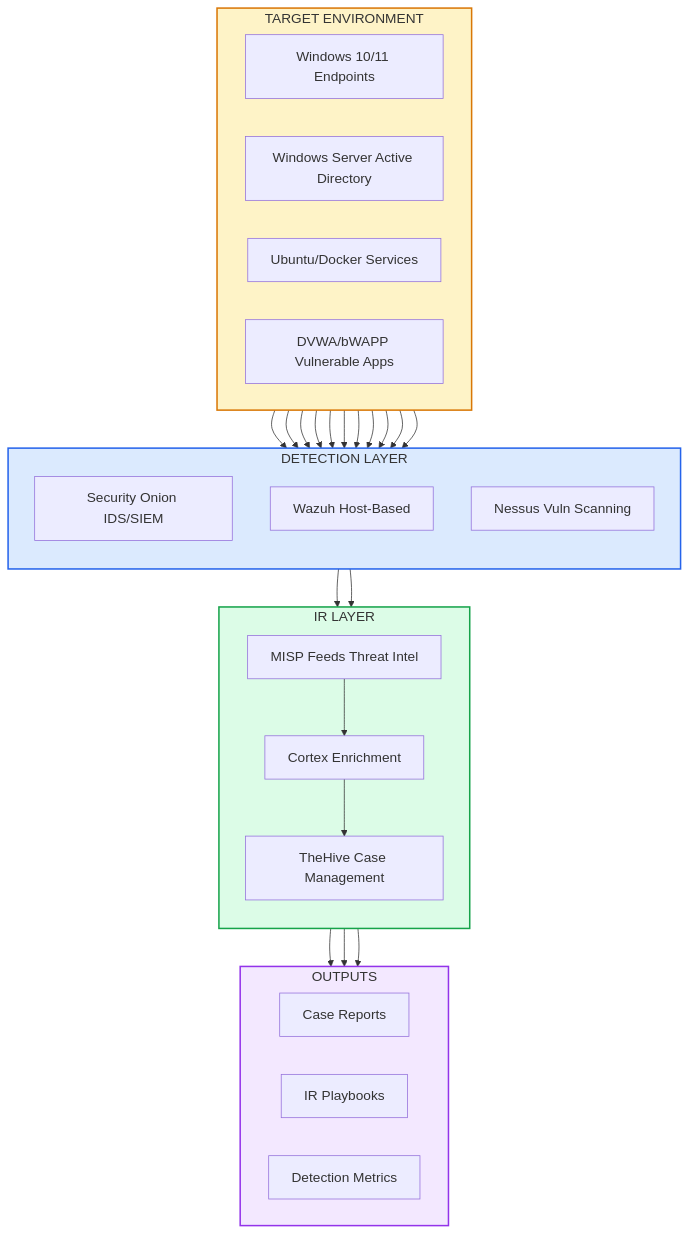
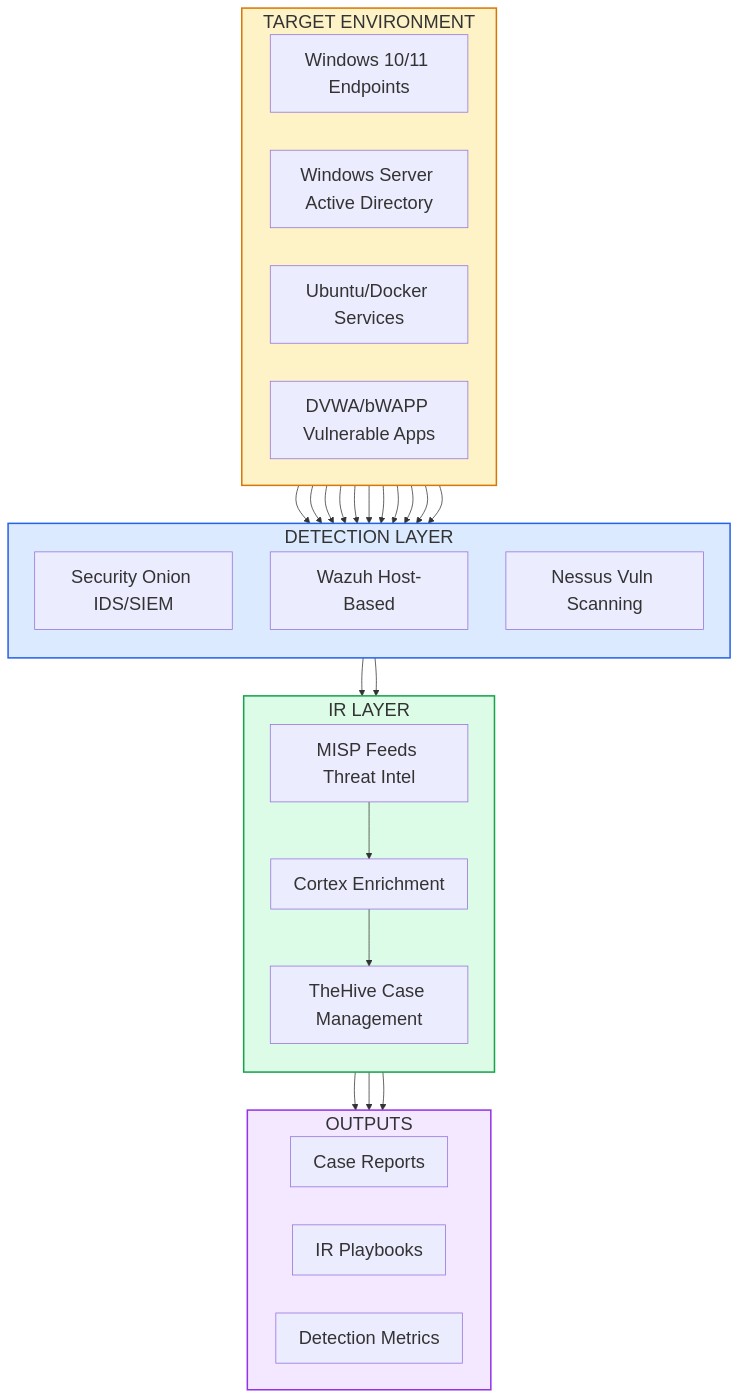
Before and after one commit to Pharns/portfolio: the diagram in docs/cybersecurity/incident-response.md, drawn with Mermaid.

Commit message:
Increase diagram font to 24px for readability

````diff
--- a/docs/cybersecurity/incident-response.md
+++ b/docs/cybersecurity/incident-response.md
@@ -46,56 +46,56 @@
 ```mermaid
-%%{init: {"themeVariables": {"fontSize": "18px"}}}%%
+%%{init: {"themeVariables": {"fontSize": "24px", "nodeTextSize": "20px"}}}%%
 flowchart TB
     subgraph TARGETS["TARGET ENVIRONMENT"]
         direction LR
         WIN["Windows 10/11 Endpoints"]
         AD["Windows Server Active Directory"]
         LNX["Ubuntu/Docker Services"]
         WEB["DVWA/bWAPP Vulnerable Apps"]
     end
 
     subgraph DETECTION["DETECTION LAYER"]
         direction TB
         SO["Security Onion IDS/SIEM"]
         WAZ["Wazuh Host-Based"]
         NES["Nessus Vuln Scanning"]
     end
 
     subgraph IR["IR LAYER"]
         direction TB
         HIVE["TheHive Case Management"]
         CTX["Cortex Enrichment"]
         MISP["MISP Feeds Threat Intel"]
     end
 
     subgraph OUTPUT["OUTPUTS"]
         direction LR
         CASE["Case Reports"]
         PLAY["IR Playbooks"]
         METRICS["Detection Metrics"]
     end
 
     WIN --> SO
     AD --> SO
     LNX --> SO
     WEB --> SO
     WIN --> WAZ
     AD --> WAZ
     LNX --> WAZ
     WIN --> NES
     AD --> NES
     LNX --> NES
     WEB --> NES
     SO --> HIVE
     WAZ --> HIVE
     CTX --> HIVE
     MISP --> CTX
     HIVE --> CASE
     HIVE --> PLAY
     HIVE --> METRICS
 
     style TARGETS fill:#fef3c7,stroke:#d97706,stroke-width:2px
     style DETECTION fill:#dbeafe,stroke:#2563eb,stroke-width:2px
     style IR fill:#dcfce7,stroke:#16a34a,stroke-width:2px
     style OUTPUT fill:#f3e8ff,stroke:#9333ea,stroke-width:2px
 ```
````
